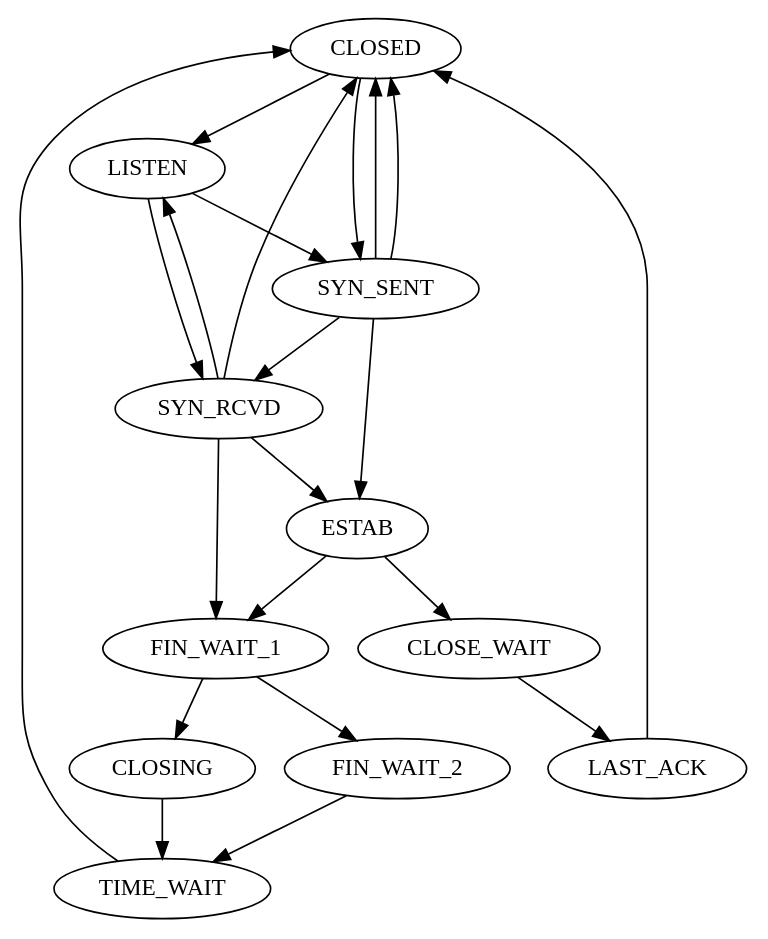
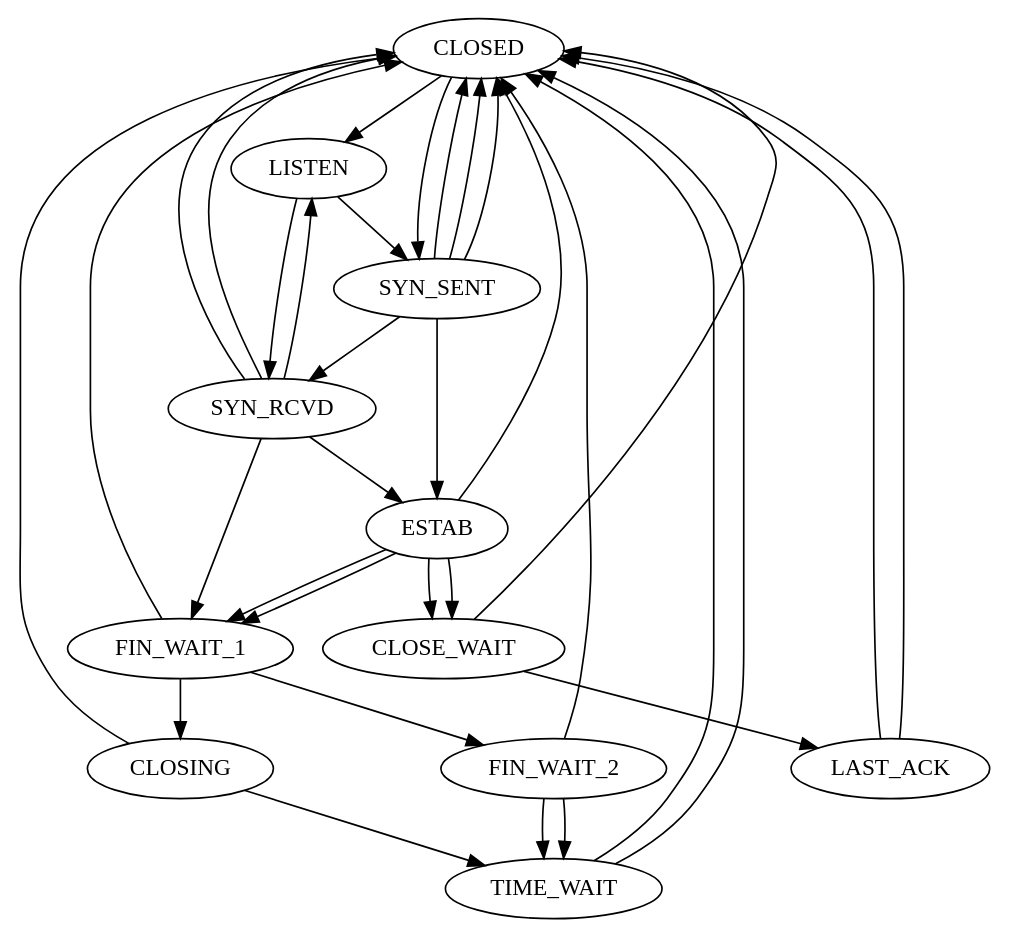
Before and after one commit to samueljero/snake: the diagram in system/messages/tcp.dot, drawn with Graphviz.

Commit message:
Modifications to TCP state diagram... Reset states and Fin/FinAck

```diff
--- a/system/messages/tcp.dot
+++ b/system/messages/tcp.dot
@@ -1,39 +1,52 @@
 digraph TCP {
 CLOSED -> LISTEN [rcvd="A_LISTEN", send="-"];
 ESTAB -> FIN_WAIT_1 [rcvd="A_CLOSE", send="M_Fin"];
+ESTAB -> FIN_WAIT_1 [rcvd="A_CLOSE", send="M_FinAck"];
 
 SYN_RCVD -> FIN_WAIT_1 [rcvd="A_CLOSE", send="M_Fin"];
 
 FIN_WAIT_1 -> FIN_WAIT_2[rcvd="M_Ack", send="-"];
 
 FIN_WAIT_1-> CLOSING [rcvd="M_Fin", send="M_Ack"];
 
 FIN_WAIT_2 -> TIME_WAIT[rcvd="M_FinAck", send="M_Ack"];
+FIN_WAIT_2 -> TIME_WAIT[rcvd="M_Ack", send="M_Ack"];
 
 CLOSING -> TIME_WAIT [rcvd="M_Ack", send="-"];
 
 CLOSED -> SYN_SENT [rcvd="A_CONNECT", send="M_Syn"];
 
 LISTEN -> SYN_SENT [rcvd="A_SEND", send="M_Syn"];
 LISTEN -> SYN_RCVD [rcvd="M_Syn", send="M_SynAck"];
 
 
 SYN_SENT -> SYN_RCVD [rcvd="M_Syn", send="M_SynAck"];
 
 SYN_RCVD -> ESTAB [rcvd="M_Ack"];
 SYN_RCVD -> LISTEN [rcvd="M_Rst"];
 SYN_RCVD -> CLOSED [rcvd="E_TIMEOUT", send="M_Rst"];
 
 SYN_SENT -> ESTAB [rcvd="M_SynAck", send="M_Ack"]; 
 SYN_SENT -> CLOSED [rcvd="A_CLOSE", send="-"]; 
 SYN_SENT -> CLOSED [rcvd="E_TIMEOUT", send="-"]; 
 
 
 CLOSE_WAIT -> LAST_ACK [rcvd="A_CLOSE", send="M_Fin"];
 
 TIME_WAIT -> CLOSED [rcvd="E_TIMEOUT"];
 
 LAST_ACK -> CLOSED [rcvd="M_Ack", send="-"];
 
 ESTAB -> CLOSE_WAIT [rcvd="M_Fin", send="M_Ack"];
+ESTAB -> CLOSE_WAIT [rcvd="M_FinAck", send="M_Ack"];
+
+ESTAB -> CLOSED [rcvd="M_Rst"];
+SYN_RCVD -> CLOSED [rcvd="M_Rst"];
+FIN_WAIT_1 -> CLOSED [rcvd="M_Rst"];
+FIN_WAIT_2 -> CLOSED [rcvd="M_Rst"];
+CLOSING -> CLOSED [rcvd="M_Rst"];
+SYN_SENT -> CLOSED [rcvd="M_Rst"];
+CLOSE_WAIT -> CLOSED [rcvd="M_Rst"];
+TIME_WAIT -> CLOSED [rcvd="M_Rst"];
+LAST_ACK -> CLOSED [rcvd="M_Rst"];
 }
```
